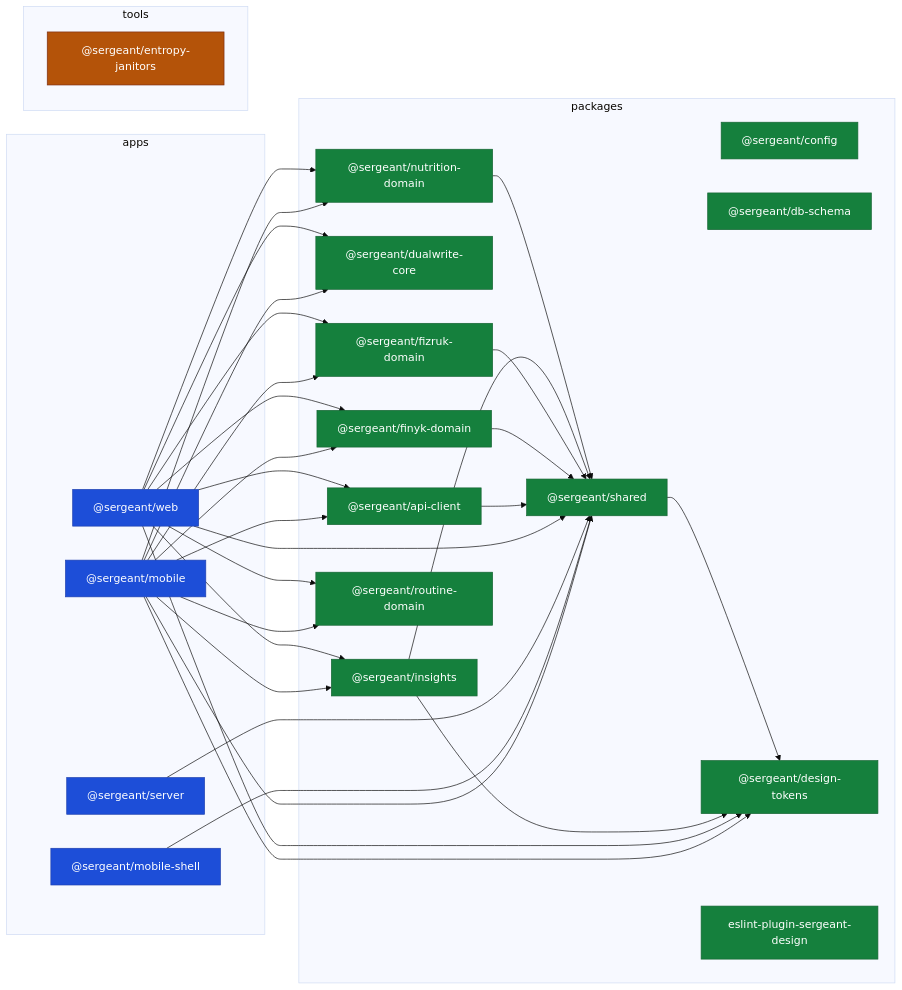
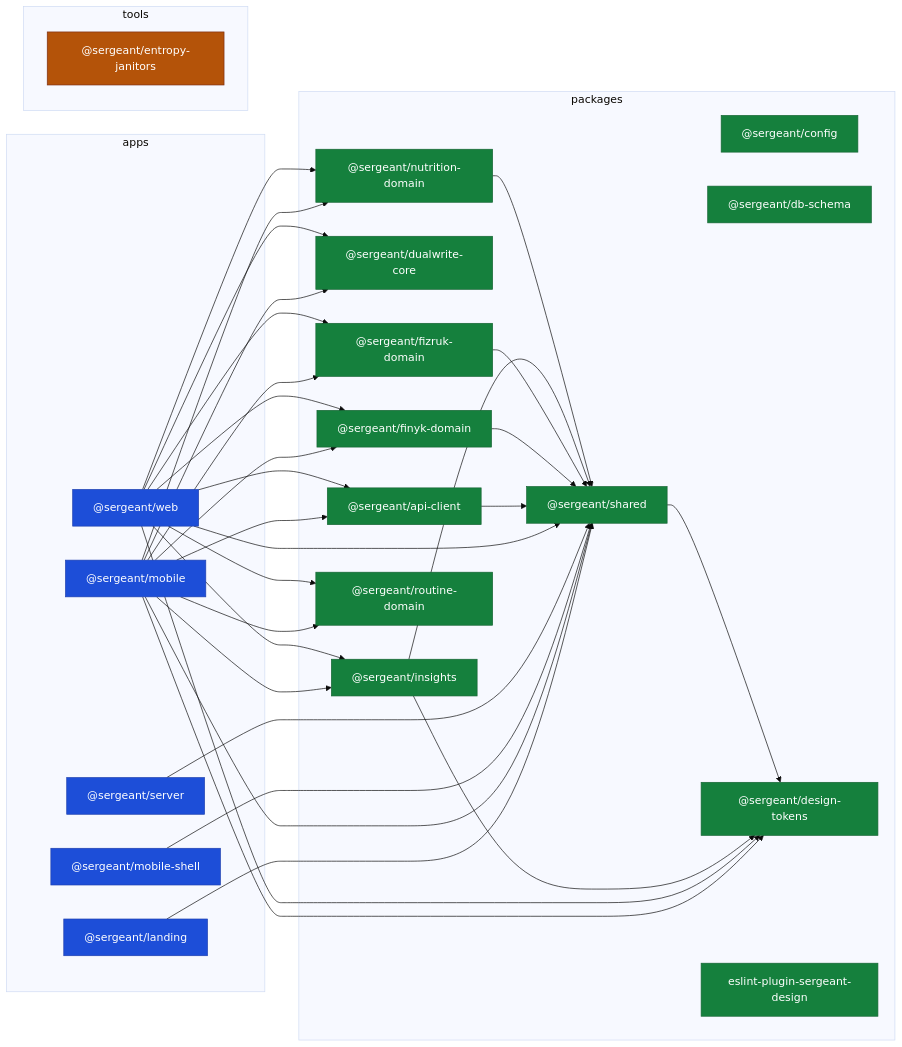
The diagram in docs/02-engineering/architecture/diagrams/c3-workspaces.md (SkOrDs-02/sergeant), drawn with Mermaid (base theme) before and after one commit. The commit also changed other lines of this file and 88 other files, not shown here.

````diff
--- a/docs/02-engineering/architecture/diagrams/c3-workspaces.md
+++ b/docs/02-engineering/architecture/diagrams/c3-workspaces.md
@@ -14,60 +14,62 @@
 ```mermaid
 flowchart LR
     subgraph apps["apps"]
+        apps_landing["@sergeant/landing"]
         apps_mobile["@sergeant/mobile"]
         apps_mobile_shell["@sergeant/mobile-shell"]
         apps_server["@sergeant/server"]
         apps_web["@sergeant/web"]
     end
     subgraph tools["tools"]
         tools_entropy_janitors["@sergeant/entropy-janitors"]
     end
     subgraph packages["packages"]
         packages_api_client["@sergeant/api-client"]
         packages_config["@sergeant/config"]
         packages_db_schema["@sergeant/db-schema"]
         packages_design_tokens["@sergeant/design-tokens"]
         packages_dualwrite_core["@sergeant/dualwrite-core"]
         packages_eslint_plugin_sergeant_design["eslint-plugin-sergeant-design"]
         packages_finyk_domain["@sergeant/finyk-domain"]
         packages_fizruk_domain["@sergeant/fizruk-domain"]
         packages_insights["@sergeant/insights"]
         packages_nutrition_domain["@sergeant/nutrition-domain"]
         packages_routine_domain["@sergeant/routine-domain"]
         packages_shared["@sergeant/shared"]
     end
+    apps_landing --> packages_shared
     apps_mobile --> packages_api_client
     apps_mobile --> packages_design_tokens
     apps_mobile --> packages_dualwrite_core
     apps_mobile --> packages_finyk_domain
     apps_mobile --> packages_fizruk_domain
     apps_mobile --> packages_insights
     apps_mobile --> packages_nutrition_domain
     apps_mobile --> packages_routine_domain
     apps_mobile --> packages_shared
     apps_mobile_shell --> packages_shared
     apps_server --> packages_shared
     apps_web --> packages_api_client
     apps_web --> packages_design_tokens
     apps_web --> packages_dualwrite_core
     apps_web --> packages_finyk_domain
     apps_web --> packages_fizruk_domain
     apps_web --> packages_insights
     apps_web --> packages_nutrition_domain
     apps_web --> packages_routine_domain
     apps_web --> packages_shared
     packages_api_client --> packages_shared
     packages_finyk_domain --> packages_shared
     packages_fizruk_domain --> packages_shared
     packages_insights --> packages_design_tokens
     packages_insights --> packages_shared
     packages_nutrition_domain --> packages_shared
     packages_shared --> packages_design_tokens
 
     classDef app fill:#1d4ed8,stroke:#1e40af,color:#fff
     classDef tool fill:#b45309,stroke:#7c2d12,color:#fff
     classDef package fill:#15803d,stroke:#166534,color:#fff
-    class apps_mobile,apps_mobile_shell,apps_server,apps_web app
+    class apps_landing,apps_mobile,apps_mobile_shell,apps_server,apps_web app
     class tools_entropy_janitors tool
     class packages_api_client,packages_config,packages_db_schema,packages_design_tokens,packages_dualwrite_core,packages_eslint_plugin_sergeant_design,packages_finyk_domain,packages_fizruk_domain,packages_insights,packages_nutrition_domain,packages_routine_domain,packages_shared package
 ```
````
